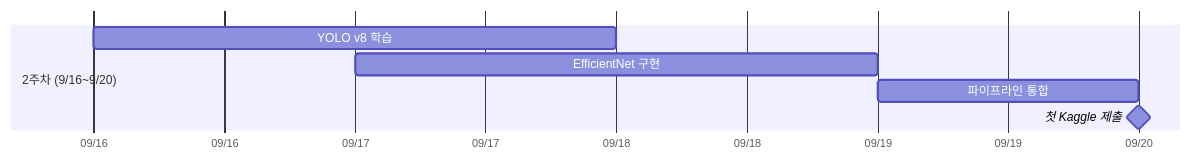
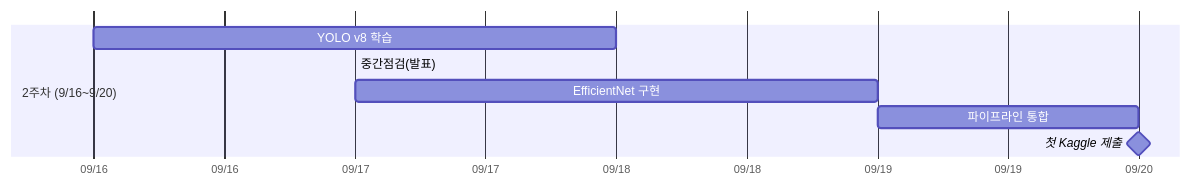
The sixth of 13 diagrams in docs/md/README.md (cmustard7/codeit_ai_health_eat), drawn with Mermaid before and after one commit. The commit also changed other lines of this file, not shown here.

````diff
--- a/docs/md/README.md
+++ b/docs/md/README.md
@@ -251,11 +251,12 @@
 ```mermaid
 gantt
     dateFormat  YYYY-MM-DD
     axisFormat %m/%d
         
     section 2주차 (9/16~9/20)
     YOLO v8 학습      :yolo-train, 2025-09-16, 2025-09-18
+    중간점검(발표)  :efficient, 2025-09-17, 2025-09-17
     EfficientNet 구현  :efficient, 2025-09-17, 2025-09-19
     파이프라인 통합    :integrate, 2025-09-19, 2025-09-20
     첫 Kaggle 제출    :milestone, first-sub, 2025-09-20, 0d    
 ```
````
